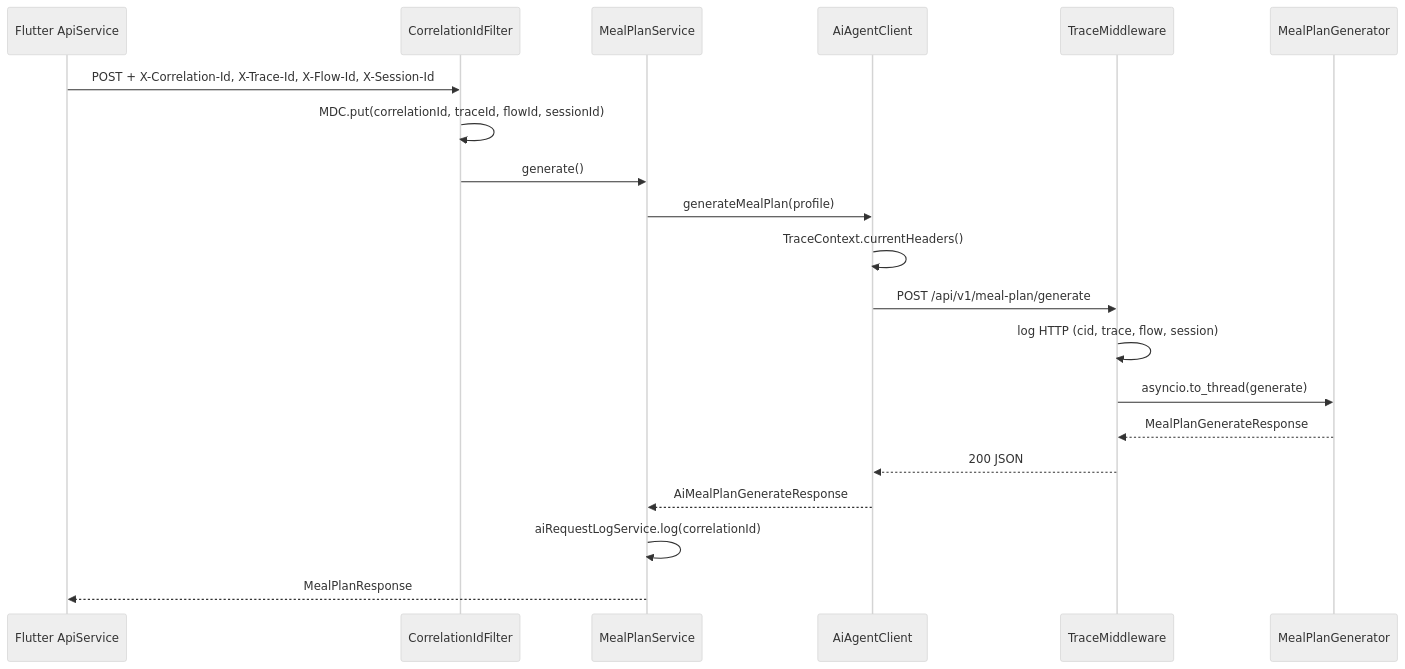
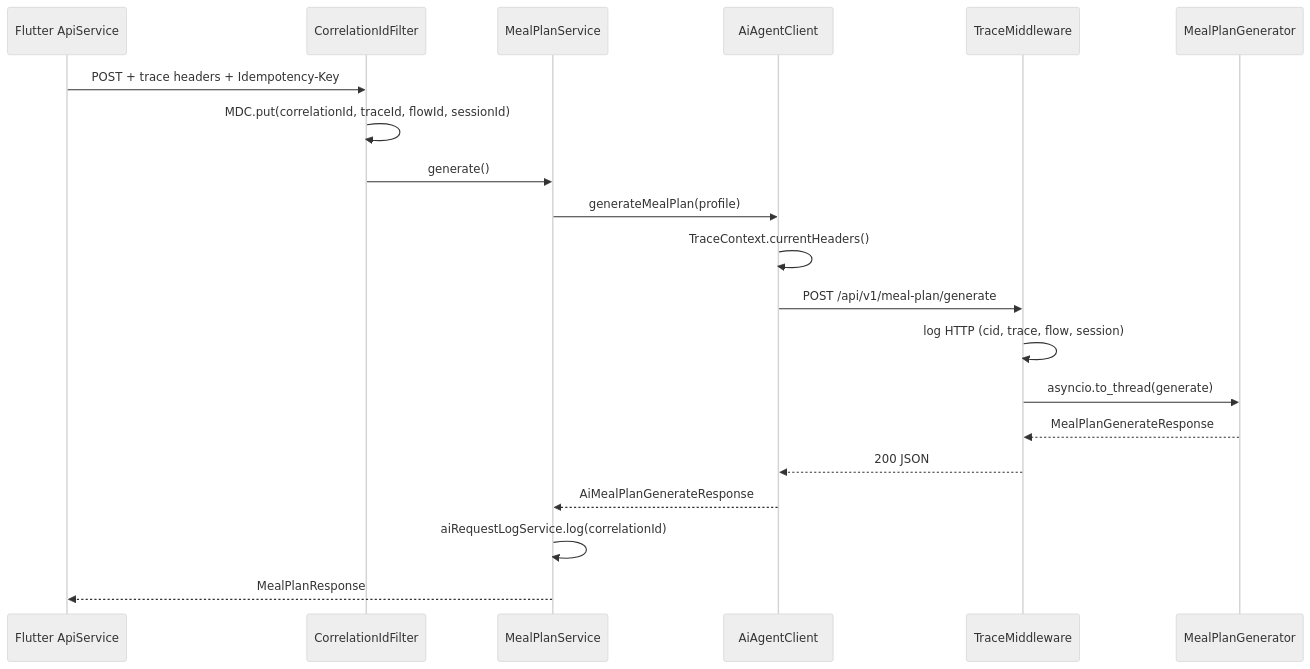
Before and after one commit to Silasfelipegarcia/nutriplus-api: the fourth of 4 diagrams in docs/C4.md, drawn with Mermaid (neutral theme). The commit also changed other lines of this file and 270 other files, not shown here.

````diff
--- a/docs/C4.md
+++ b/docs/C4.md
@@ -200,23 +201,23 @@
 ```mermaid
 sequenceDiagram
     participant FE as Flutter ApiService
     participant F as CorrelationIdFilter
     participant M as MealPlanService
     participant C as AiAgentClient
     participant AG as TraceMiddleware
     participant LLM as MealPlanGenerator
 
-    FE->>F: POST + X-Correlation-Id, X-Trace-Id, X-Flow-Id, X-Session-Id
+    FE->>F: POST + trace headers + Idempotency-Key
     F->>F: MDC.put(correlationId, traceId, flowId, sessionId)
     F->>M: generate()
     M->>C: generateMealPlan(profile)
     C->>C: TraceContext.currentHeaders()
     C->>AG: POST /api/v1/meal-plan/generate
     AG->>AG: log HTTP (cid, trace, flow, session)
     AG->>LLM: asyncio.to_thread(generate)
     LLM-->>AG: MealPlanGenerateResponse
     AG-->>C: 200 JSON
     C-->>M: AiMealPlanGenerateResponse
     M->>M: aiRequestLogService.log(correlationId)
     M-->>FE: MealPlanResponse
 ```
````
